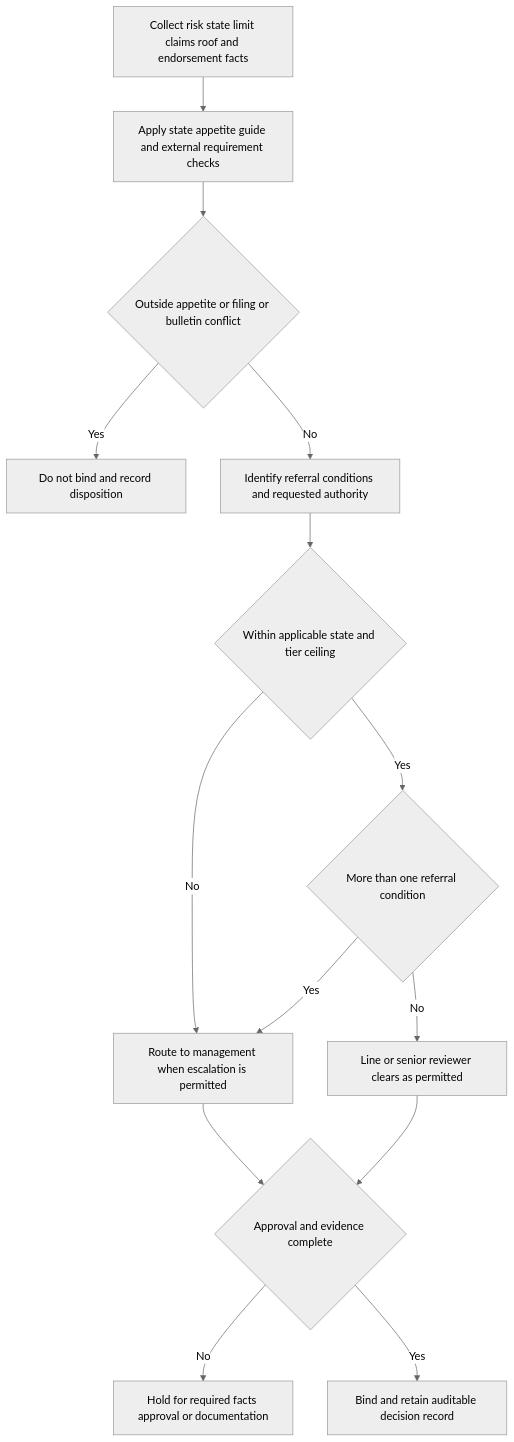
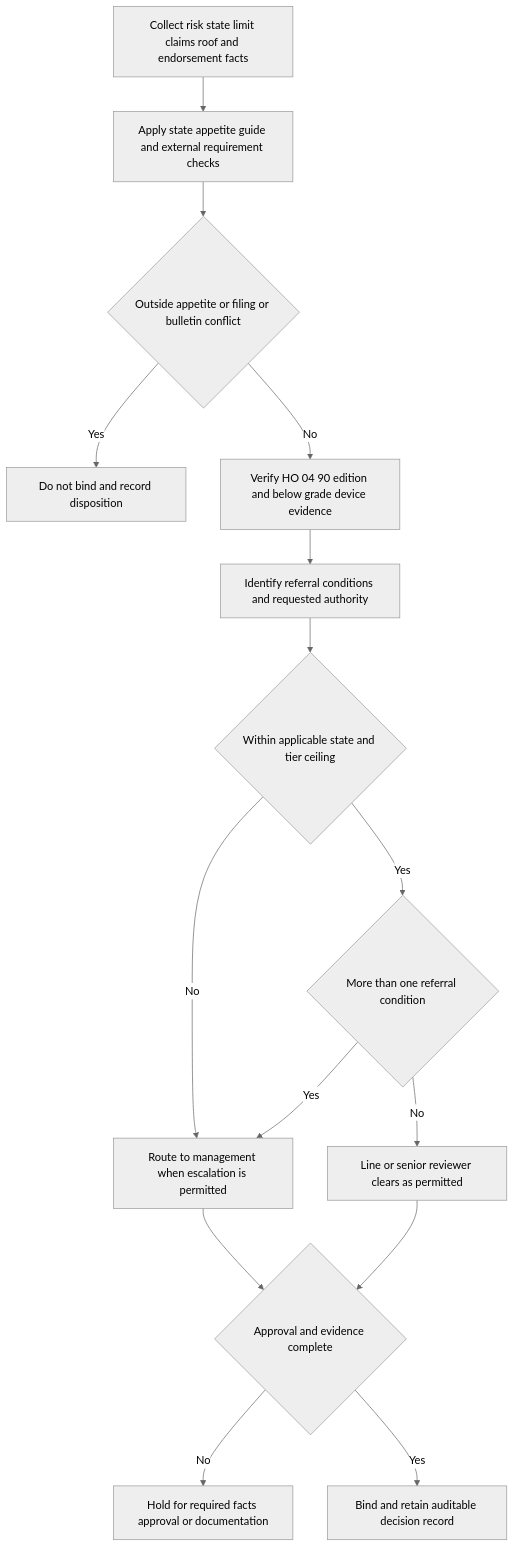
Before and after one commit to eugeneliu-86/openwiki-insurance-corpus: the diagram in openwiki/underwriting/referral-and-binding-authority.md, drawn with Mermaid (neutral theme). The commit also changed other lines of this file and 25 other files, not shown here.

````diff
--- a/openwiki/underwriting/referral-and-binding-authority.md
+++ b/openwiki/underwriting/referral-and-binding-authority.md
@@ -52,16 +54,17 @@
 ```mermaid
 flowchart TD
     Intake["Collect risk state limit claims roof and endorsement facts"] --> StateGuide["Apply state appetite guide and external requirement checks"]
     StateGuide --> HardStop{"Outside appetite or filing or bulletin conflict"}
     HardStop -- Yes --> NoBind["Do not bind and record disposition"]
-    HardStop -- No --> Triggers["Identify referral conditions and requested authority"]
+    HardStop -- No --> Edition["Verify HO 04 90 edition and below grade device evidence"]
+    Edition --> Triggers["Identify referral conditions and requested authority"]
     Triggers --> Limit{"Within applicable state and tier ceiling"}
     Limit -- No --> Management["Route to management when escalation is permitted"]
     Limit -- Yes --> Count{"More than one referral condition"}
     Count -- Yes --> Management
     Count -- No --> Authority["Line or senior reviewer clears as permitted"]
     Management --> Complete{"Approval and evidence complete"}
     Authority --> Complete
     Complete -- No --> Hold["Hold for required facts approval or documentation"]
     Complete -- Yes --> Bind["Bind and retain auditable decision record"]
 ```
````
